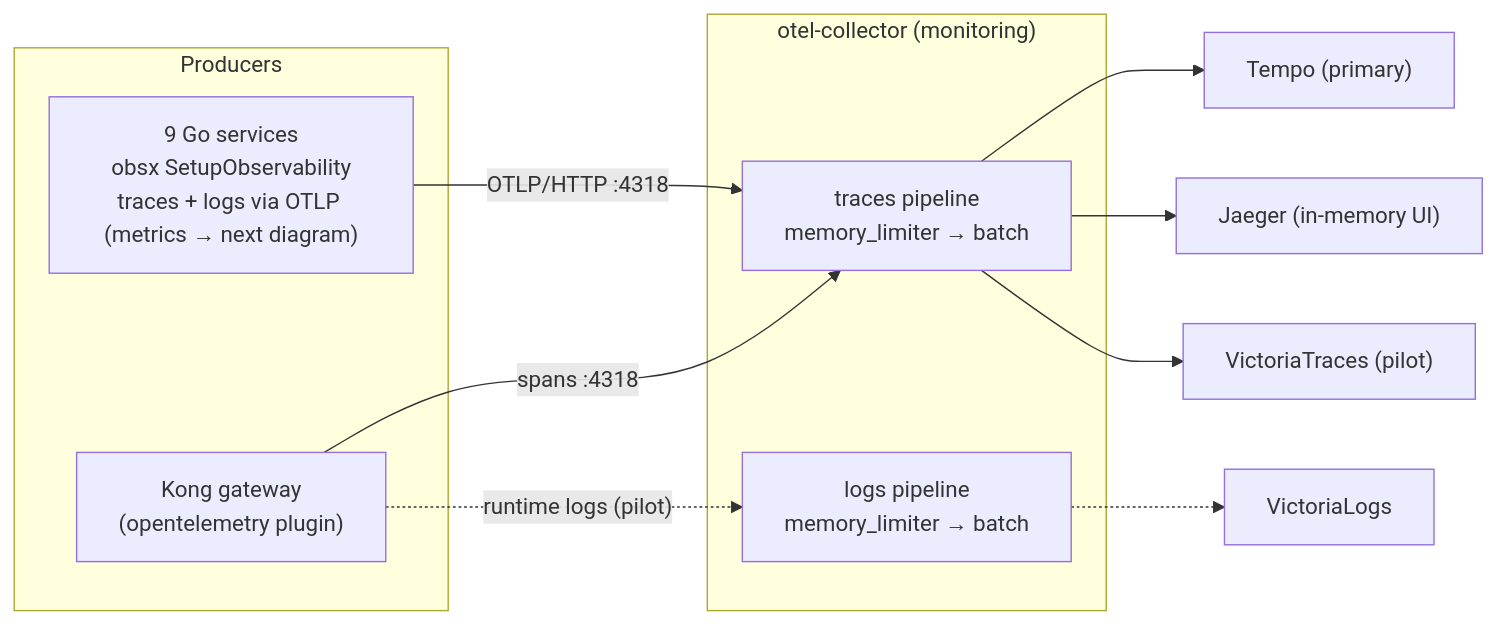
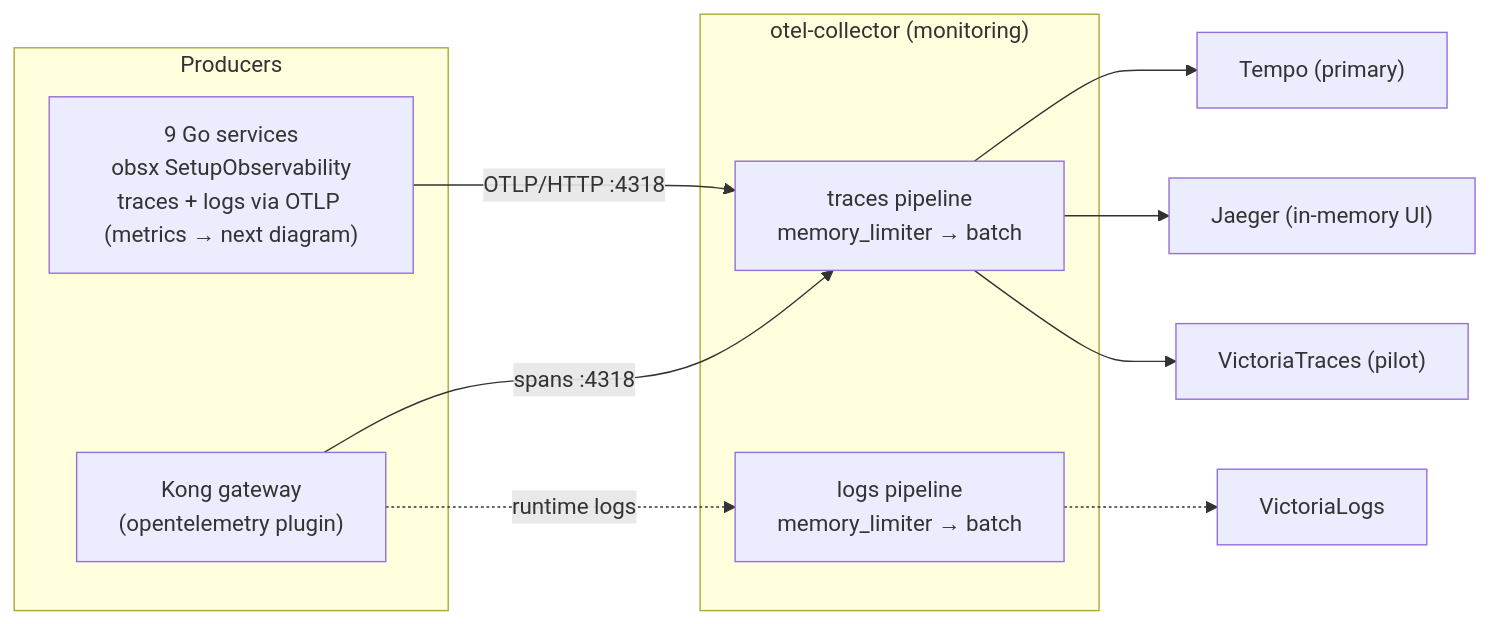
One commit to duynhlab/homelab changed the first of 2 diagrams in docs/observability/opentelemetry.md. Above: the diagram before and after it, drawn with Mermaid. The commit also changed other lines of this file and 8 other files, not shown here.

First line of the commit message:
Restyle RFC-0014 observability diagrams (#482)

````diff
--- a/docs/observability/opentelemetry.md
+++ b/docs/observability/opentelemetry.md
@@ -135,18 +135,18 @@
 ```mermaid
 flowchart LR
     subgraph Producers
         SVC["9 Go services<br/>obsx SetupObservability<br/>traces + logs via OTLP (metrics → next diagram)"]
         KONG["Kong gateway<br/>(opentelemetry plugin)"]
     end
     subgraph Collector["otel-collector (monitoring)"]
         TP["traces pipeline<br/>memory_limiter → batch"]
         LP["logs pipeline<br/>memory_limiter → batch"]
     end
     SVC -->|"OTLP/HTTP :4318"| TP
     KONG -->|"spans :4318"| TP
-    KONG -.->|"runtime logs (pilot)"| LP
+    KONG -.->|"runtime logs"| LP
     TP --> TEMPO["Tempo (primary)"]
     TP --> JAEGER["Jaeger (in-memory UI)"]
     TP --> VT["VictoriaTraces (pilot)"]
     LP -.-> VL["VictoriaLogs"]
 ```
````
